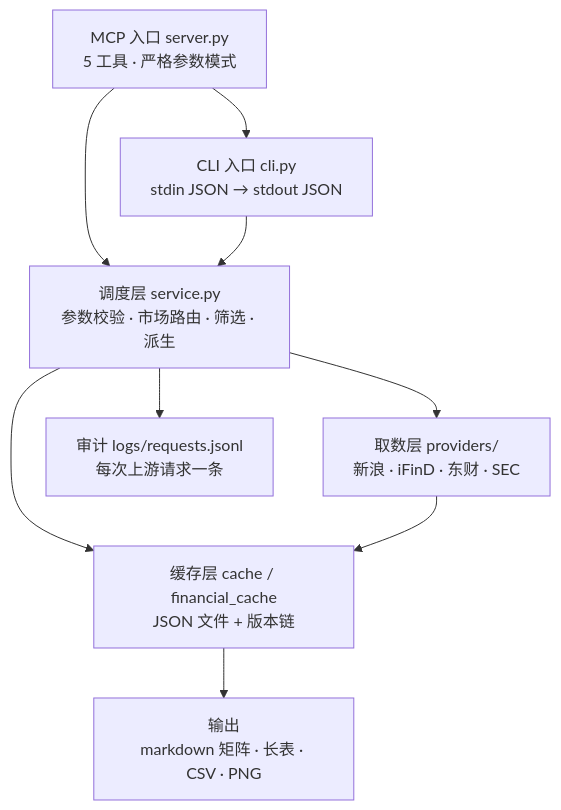
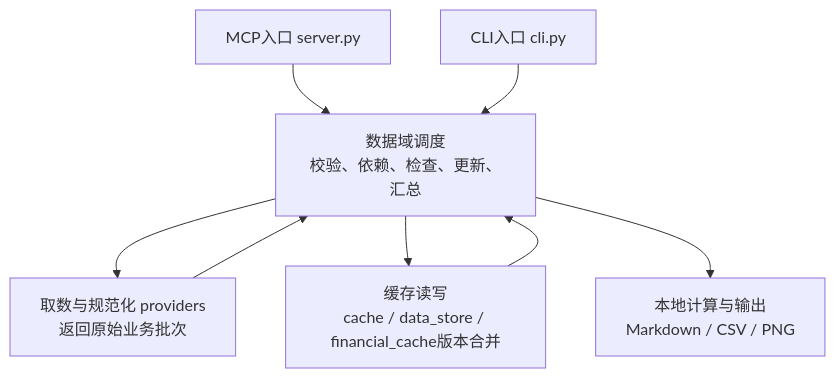
The second of 4 diagrams in docs/market-data架构设计.md (alone-tree/Ashare-announcements-MCP), drawn with Mermaid before and after one commit. The commit also changed other lines of this file and 23 other files, not shown here.

````diff
--- a/docs/market-data架构设计.md
+++ b/docs/market-data架构设计.md
@@ -140,11 +141,10 @@
 ```mermaid
 flowchart TD
-    A["MCP 入口 server.py<br/>5 工具 · 严格参数模式"] --> B["CLI 入口 cli.py<br/>stdin JSON → stdout JSON"]
-    A --> C["调度层 service.py<br/>参数校验 · 市场路由 · 筛选 · 派生"]
-    B --> C
-    C --> D["取数层 providers/<br/>新浪 · iFinD · 东财 · SEC"]
-    C --> E["缓存层 cache / financial_cache<br/>JSON 文件 + 版本链"]
-    D --> E
-    C --> F["审计 logs/requests.jsonl<br/>每次上游请求一条"]
-    E --> G["输出<br/>markdown 矩阵 · 长表 · CSV · PNG"]
+    A["MCP入口 server.py"] --> C["数据域调度<br/>校验、依赖、检查、更新、汇总"]
+    B["CLI入口 cli.py"] --> C
+    C --> D["取数与规范化 providers<br/>返回原始业务批次"]
+    D --> C
+    C --> E["缓存读写<br/>cache / data_store / financial_cache版本合并"]
+    E --> C
+    C --> G["本地计算与输出<br/>Markdown / CSV / PNG"]
 ```
````
